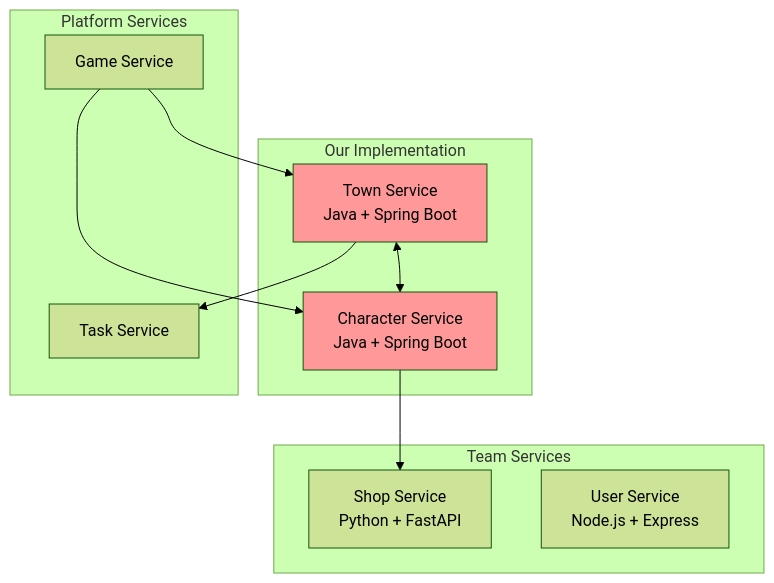
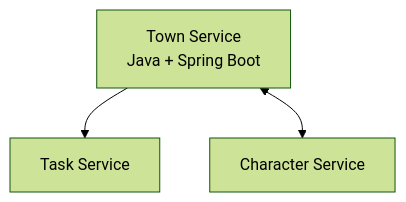
The diagram in README.md (Flexksx/distributed_mafia_platform), drawn with Mermaid (forest theme) before and after one commit. The commit also changed other lines of this file, not shown here.

Commit message:
Town service

````diff
--- a/README.md
+++ b/README.md
@@ -7,26 +19,9 @@
 ```mermaid
 graph TB
-    subgraph "Our Implementation"
-        Town[Town Service<br/>Java + Spring Boot]
-        Character[Character Service<br/>Java + Spring Boot]
-    end
-    
-    subgraph "Team Services"
-        Shop[Shop Service<br/>Python + FastAPI]
-        User[User Service<br/>Node.js + Express]
-    end
-    
-    subgraph "Platform Services"
-        Game[Game Service]
-        Task[Task Service]
-    end
-    
+    Town[Town Service<br/>Java + Spring Boot]
+    Task[Task Service]
+    Character[Character Service]
+
+    Town --> Task
     Town <--> Character
-    Character --> Shop
-    Town --> Task
-    Game --> Town
-    Game --> Character
-    
-    style Town fill:#ff9999
-    style Character fill:#ff9999
 ```
````
